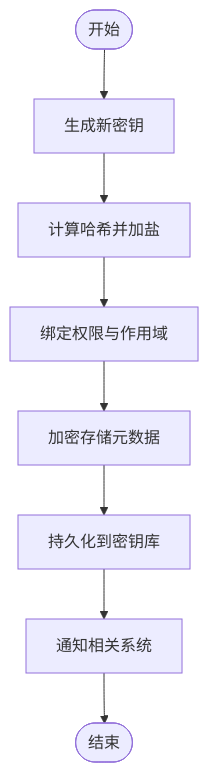
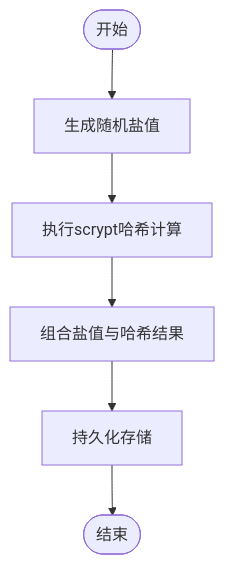
Before and after one commit to kkutysllb/KCoder: the third of 7 diagrams in .qoder/repowiki/zh/content/适配器层/网络适配器/网络安全机制/身份认证机制.md, drawn with Mermaid. The commit also changed other lines of this file and 141 other files, not shown here.

````diff
--- a/.qoder/repowiki/zh/content/适配器层/网络适配器/网络安全机制/身份认证机制.md
+++ b/.qoder/repowiki/zh/content/适配器层/网络适配器/网络安全机制/身份认证机制.md
@@ -129,10 +137,8 @@
 ```mermaid
 flowchart TD
-Start(["开始"]) --> Gen["生成新密钥"]
-Gen --> Hash["计算哈希并加盐"]
-Hash --> Bind["绑定权限与作用域"]
-Bind --> EncryptMeta["加密存储元数据"]
-EncryptMeta --> Save["持久化到密钥库"]
-Save --> Notify["通知相关系统"]
-Notify --> End(["结束"])
+Start(["开始"]) --> GenerateSalt["生成随机盐值"]
+GenerateSalt --> ScryptHash["执行scrypt哈希计算"]
+ScryptHash --> Combine["组合盐值与哈希结果"]
+Combine --> Store["持久化存储"]
+Store --> End(["结束"])
 ```
````
